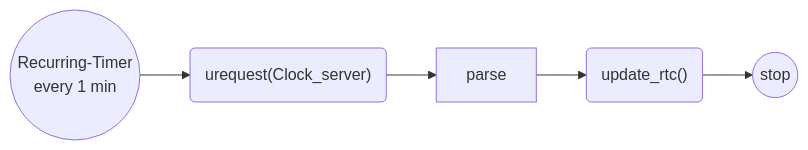
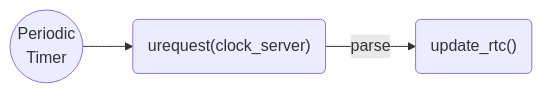
One commit to Trappy-Scopes/pico-incubator changed the fourth of 7 diagrams in README.md. Above: the diagram before and after it, drawn with Mermaid. The commit also changed other lines of this file and 14 other files, not shown here.

````diff
--- a/README.md
+++ b/README.md
@@ -42,4 +87,4 @@
 ```mermaid
 graph LR
-	RTim1((Recurring-Timer<br>every 1 min)) --> ureq("urequest(Clock_server)") --> parse --> urtc("update_rtc()") --> stop((stop))
+	RTim1((Periodic<br>Timer)) --> ureq("urequest(clock_server)") --parse--> urtc("update_rtc()")
 ```
````
